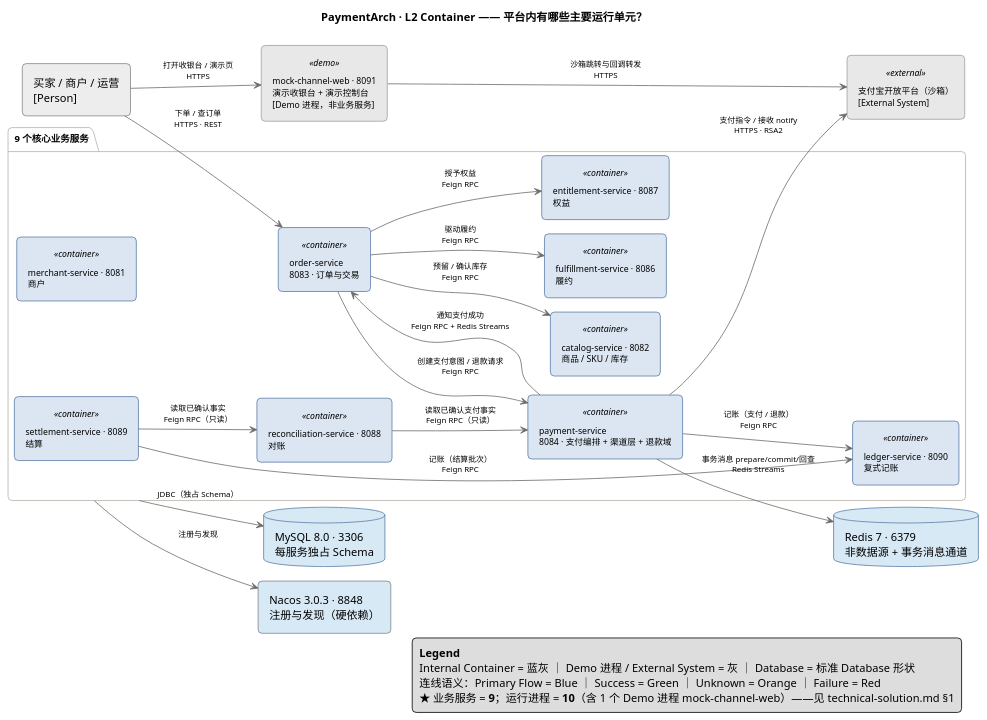
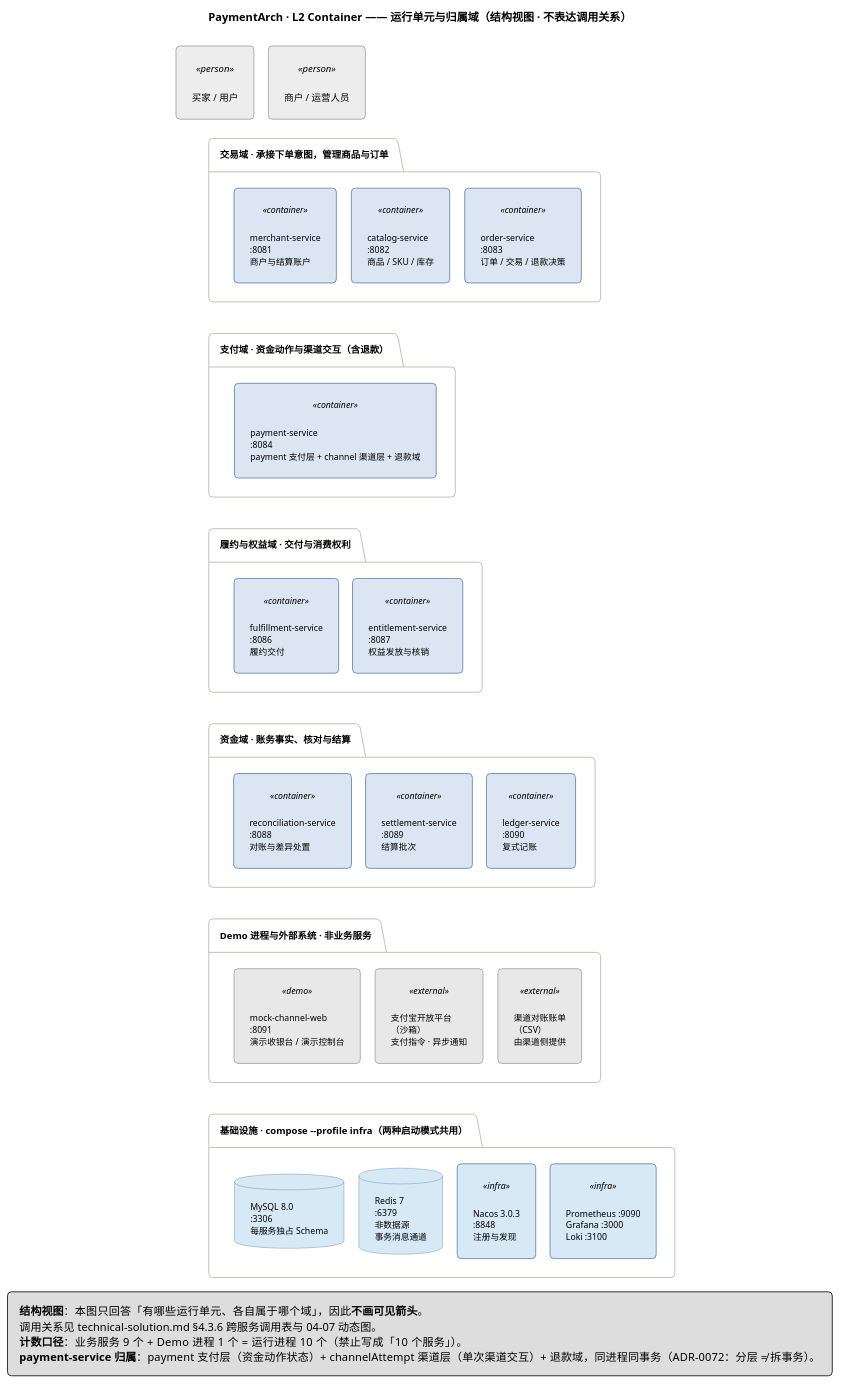
The diagram in docs/architecture/diagrams/02-container-overview.puml (ckcky/Payment), drawn with PlantUML before and after one commit. The commit also changed 28 other files, not shown here.

First line of the commit message:
docs(governance): 治理 v1 收尾——C4 架构图 8 组产物回填 + System Design 15 章骨架落地

```diff
--- a/docs/architecture/diagrams/02-container-overview.puml
+++ b/docs/architecture/diagrams/02-container-overview.puml
@@ -1,97 +1,114 @@
 @startuml
-' PaymentArch · 02 Container Overview（C4 Level 2）
-' SOURCE OF TRUTH = 本 .puml；同目录 02-container-overview.svg 为渲染产物，禁止手工编辑。
-' 渲染：java -jar deployment/output/tools/plantuml.jar -tsvg -o <目标目录> docs/architecture/diagrams/02-container-overview.puml
-' 规范：docs/standards/diagram-standard.md
-!pragma layout smetana
-left to right direction
+' PaymentArch · C4 L2 Container（结构视图 · 不表达调用关系）
+' 渲染：java -jar deployment/output/tools/plantuml.jar -tsvg -charset UTF-8 docs/architecture/diagrams/02-container-overview.puml
+' 布局：Graphviz dot（本机已装）
 
-title PaymentArch · L2 Container —— 平台内有哪些主要运行单元？
+title PaymentArch · L2 Container —— 运行单元与归属域（结构视图 · 不表达调用关系）
 
 skinparam shadowing false
 skinparam defaultFontName "Microsoft YaHei"
-skinparam ArrowColor #6B6B6B
-skinparam ArrowThickness 1
-skinparam ArrowFontSize 10
-skinparam Padding 4
+skinparam Padding 10
+skinparam Nodesep 18
+skinparam Ranksep 30
 skinparam roundcorner 10
-
+skinparam Linetype ortho
+skinparam rectangle {
+  BorderThickness 1
+  FontSize 11
+}
+skinparam rectangle<<person>> {
+  BackgroundColor #EDEDED
+  BorderColor #9E9E9E
+  FontSize 12
+}
 skinparam rectangle<<container>> {
   BackgroundColor #DCE6F2
   BorderColor #5B7DA8
-  BorderThickness 1
-  FontSize 11
 }
 skinparam rectangle<<demo>> {
   BackgroundColor #E8E8E8
   BorderColor #A0A0A0
-  BorderThickness 1
-  FontSize 11
 }
 skinparam rectangle<<external>> {
   BackgroundColor #E8E8E8
   BorderColor #A0A0A0
-  BorderThickness 1
+}
+skinparam rectangle<<infra>> {
+  BackgroundColor #D7E9F5
+  BorderColor #5B7DA8
+}
+skinparam database {
+  BackgroundColor #D7E9F5
+  BorderColor #5B7DA8
   FontSize 11
 }
 skinparam package {
   BackgroundColor #FFFFFF
   BorderColor #B4B2A9
   BorderThickness 1
   FontSize 12
 }
-skinparam database {
-  BackgroundColor #D7E9F5
-  BorderColor #5B7DA8
-  BorderThickness 1
+
+rectangle "买家 / 用户" as U <<person>>
+rectangle "商户 / 运营人员" as OPS <<person>>
+U -[hidden]right- OPS
+
+package "交易域 · 承接下单意图，管理商品与订单" as P1 {
+  rectangle "merchant-service\n:8081\n商户与结算账户" as M <<container>>
+  rectangle "catalog-service\n:8082\n商品 / SKU / 库存" as C <<container>>
+  rectangle "order-service\n:8083\n订单 / 交易 / 退款决策" as O <<container>>
+  M -[hidden]right- C
+  C -[hidden]right- O
 }
 
-rectangle "买家 / 商户 / 运营\n[Person]" as User #EDEDED
-
-package "9 个核心业务服务" as BIZ {
-  rectangle "order-service\n8083 · 订单与交易" as O <<container>>
-  rectangle "payment-service\n8084 · 支付编排 + 渠道层 + 退款域" as P <<container>>
-  rectangle "catalog-service · 8082\n商品 / SKU / 库存" as Cat <<container>>
-  rectangle "fulfillment-service · 8086\n履约" as F <<container>>
-  rectangle "entitlement-service · 8087\n权益" as E <<container>>
-  rectangle "merchant-service · 8081\n商户" as M <<container>>
-  rectangle "ledger-service · 8090\n复式记账" as L <<container>>
-  rectangle "reconciliation-service · 8088\n对账" as R <<container>>
-  rectangle "settlement-service · 8089\n结算" as S <<container>>
+package "支付域 · 资金动作与渠道交互（含退款）" as P2 {
+  rectangle "payment-service\n:8084\npayment 支付层 + channel 渠道层 + 退款域" as PAY <<container>>
 }
 
-rectangle "mock-channel-web · 8091\n演示收银台 + 演示控制台\n[Demo 进程，非业务服务]" as DEMO <<demo>>
-rectangle "支付宝开放平台（沙箱）\n[External System]" as Alipay <<external>>
+package "履约与权益域 · 交付与消费权利" as P3 {
+  rectangle "fulfillment-service\n:8086\n履约交付" as F <<container>>
+  rectangle "entitlement-service\n:8087\n权益发放与核销" as E <<container>>
+  F -[hidden]right- E
+}
 
-database "MySQL 8.0 · 3306\n每服务独占 Schema" as DB
-database "Redis 7 · 6379\n非数据源 + 事务消息通道" as Redis
-rectangle "Nacos 3.0.3 · 8848\n注册与发现（硬依赖）" as Nacos #D7E9F5
+package "资金域 · 账务事实、核对与结算" as P4 {
+  rectangle "reconciliation-service\n:8088\n对账与差异处置" as R <<container>>
+  rectangle "settlement-service\n:8089\n结算批次" as S <<container>>
+  rectangle "ledger-service\n:8090\n复式记账" as L <<container>>
+  R -[hidden]right- S
+  S -[hidden]right- L
+}
 
-User --> DEMO : 打开收银台 / 演示页\nHTTPS
-User --> O : 下单 / 查订单\nHTTPS · REST
+package "Demo 进程与外部系统 · 非业务服务" as P5 {
+  rectangle "mock-channel-web\n:8091\n演示收银台 / 演示控制台" as D <<demo>>
+  rectangle "支付宝开放平台\n（沙箱）\n支付指令 · 异步通知" as ALI <<external>>
+  rectangle "渠道对账账单\n（CSV）\n由渠道侧提供" as ST <<external>>
+  D -[hidden]right- ALI
+  ALI -[hidden]right- ST
+}
 
-O --> P : 创建支付意图 / 退款请求\nFeign RPC
-P --> O : 通知支付成功\nFeign RPC + Redis Streams
-O --> Cat : 预留 / 确认库存\nFeign RPC
-O --> F : 驱动履约\nFeign RPC
-O --> E : 授予权益\nFeign RPC
+package "基础设施 · compose --profile infra（两种启动模式共用）" as P6 {
+  database "MySQL 8.0\n:3306\n每服务独占 Schema" as DB
+  database "Redis 7\n:6379\n非数据源\n事务消息通道" as RD
+  rectangle "Nacos 3.0.3\n:8848\n注册与发现" as NA <<infra>>
+  rectangle "Prometheus :9090\nGrafana :3000\nLoki :3100" as OB <<infra>>
+  DB -[hidden]right- RD
+  RD -[hidden]right- NA
+  NA -[hidden]right- OB
+}
 
-P --> L : 记账（支付 / 退款）\nFeign RPC
-S --> L : 记账（结算批次）\nFeign RPC
-R --> P : 读取已确认支付事实\nFeign RPC（只读）
-S --> R : 读取已确认事实\nFeign RPC（只读）
+U -[hidden]down- P1
+P1 -[hidden]down- P2
+P2 -[hidden]down- P3
+P3 -[hidden]down- P4
+P4 -[hidden]down- P5
+P5 -[hidden]down- P6
 
-P --> Alipay : 支付指令 / 接收 notify\nHTTPS · RSA2
-DEMO --> Alipay : 沙箱跳转与回调转发\nHTTPS
-P --> Redis : 事务消息 prepare/commit/回查\nRedis Streams
-BIZ --> DB : JDBC（独占 Schema）
-BIZ --> Nacos : 注册与发现
-
-legend right
-  **Legend**
-  Internal Container = 蓝灰 ｜ Demo 进程 / External System = 灰 ｜ Database = 标准 Database 形状
-  连线语义：Primary Flow = Blue ｜ Success = Green ｜ Unknown = Orange ｜ Failure = Red
-  ★ 业务服务 = **9**；运行进程 = **10**（含 1 个 Demo 进程 mock-channel-web）——见 technical-solution.md §1
+legend bottom
+  **结构视图**：本图只回答「有哪些运行单元、各自属于哪个域」，因此**不画可见箭头**。
+  调用关系见 technical-solution.md §4.3.6 跨服务调用表与 04–07 动态图。
+  **计数口径**：业务服务 9 个 + Demo 进程 1 个 = 运行进程 10 个（禁止写成「10 个服务」）。
+  **payment-service 归属**：payment 支付层（资金动作状态）+ channelAttempt 渠道层（单次渠道交互）+ 退款域，同进程同事务（ADR-0072：分层 ≠ 拆事务）。
 endlegend
 
 @enduml
```
